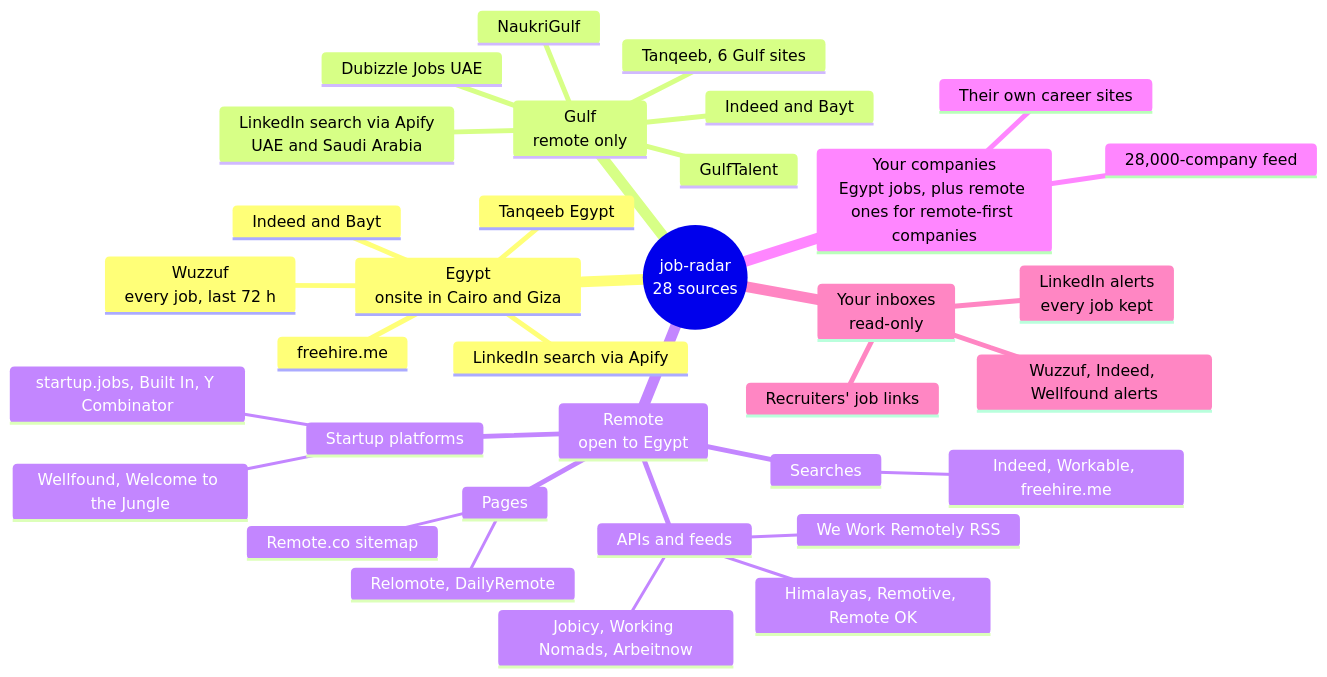
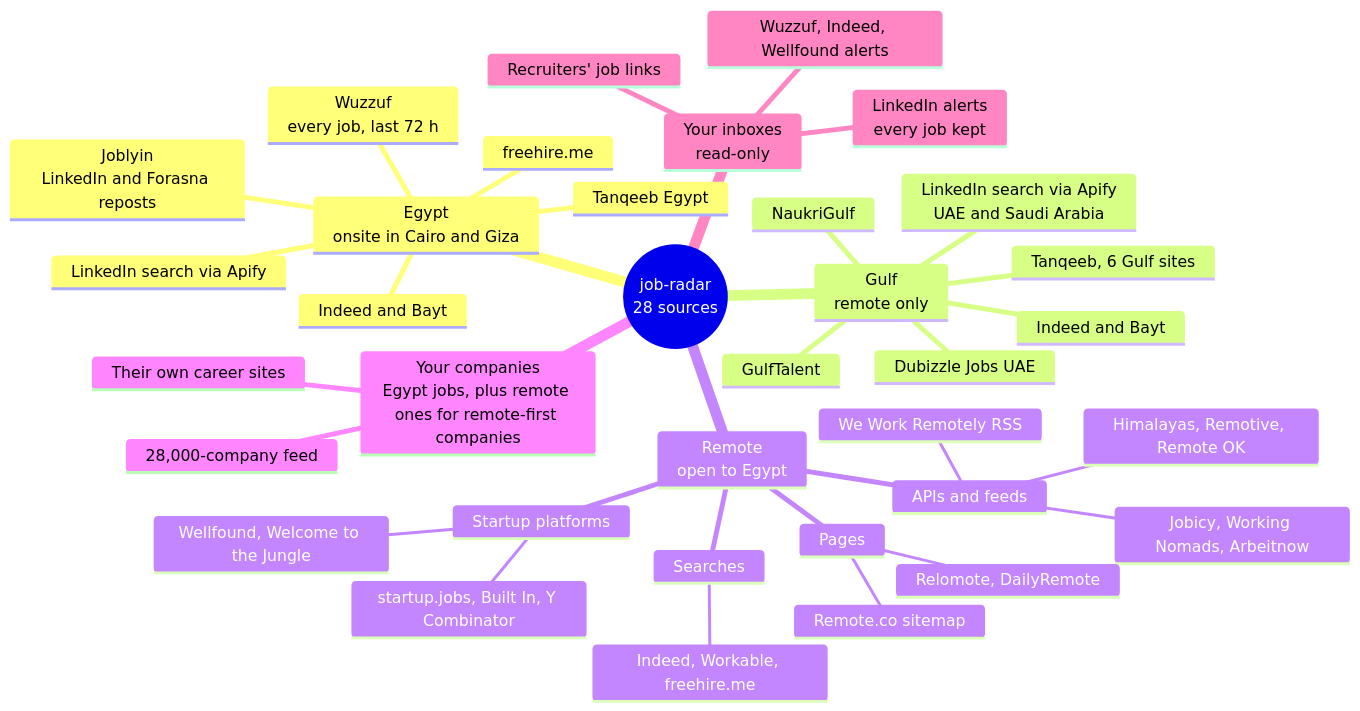
The second of 5 diagrams in docs/architecture.md (omarshalabyy1/job-radar), drawn with Mermaid before and after one commit. The commit also changed other lines of this file and 8 other files, not shown here.

````diff
--- a/docs/architecture.md
+++ b/docs/architecture.md
@@ -47,39 +47,40 @@
 ```mermaid
 %% mindmap: where every job comes from, grouped by Omar's place rule
 %% Egypt (onsite or hybrid in Cairo and Giza) | Gulf (remote only) | Remote (open to Egypt) | your companies | your inboxes
 mindmap
   root((job-radar<br>28 sources))
     Egypt<br>onsite in Cairo and Giza
       Wuzzuf<br>every job, last 72 h
       Tanqeeb Egypt
+      Joblyin<br>LinkedIn and Forasna reposts
       Indeed and Bayt
       freehire.me
       LinkedIn search via Apify
     Gulf<br>remote only
       NaukriGulf
       GulfTalent
       Dubizzle Jobs UAE
       Tanqeeb, 6 Gulf sites
       Indeed and Bayt
       LinkedIn search via Apify<br>UAE and Saudi Arabia
     Remote<br>open to Egypt
       APIs and feeds
         Himalayas, Remotive, Remote OK
         Jobicy, Working Nomads, Arbeitnow
         We Work Remotely RSS
       Pages
         Relomote, DailyRemote
         Remote.co sitemap
       Searches
         Indeed, Workable, freehire.me
       Startup platforms
         Wellfound, Welcome to the Jungle
         startup.jobs, Built In, Y Combinator
     Your companies<br>Egypt jobs, plus remote ones for remote-first companies
       Their own career sites
       28,000-company feed
     Your inboxes<br>read-only
       LinkedIn alerts<br>every job kept
       Wuzzuf, Indeed, Wellfound alerts
       Recruiters' job links
 ```
````
